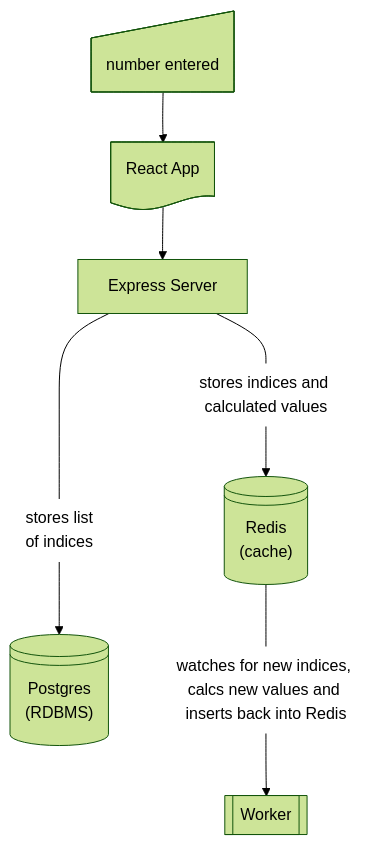
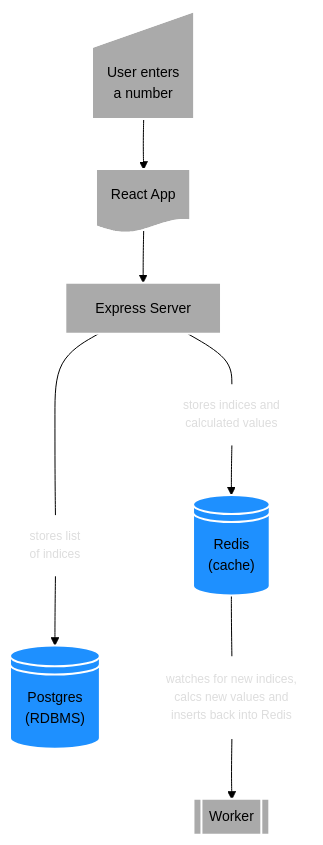
Before and after one commit to sfdeloach/docker: the fourth of 4 diagrams in README.md, drawn with Mermaid (forest theme). The commit also changed other lines of this file, not shown here.

````diff
--- a/README.md
+++ b/README.md
@@ -443,8 +446,16 @@
 ```mermaid
 flowchart TB
-    A@{ shape: manual-input, label: "number entered"} --> B@{ shape: doc, label: "React App"}
+    A@{ shape: manual-input, label: "User enters\na number"} --> B@{ shape: doc, label: "React App"}
     B --> C@{ shape: process, label: "Express Server"}
-    C ---- CE@{ shape: text, label: "stores list\nof indices"} --> E@{ shape: lin-cyl, label: "Postgres\n(RDBMS)"}
-    C --- CD@{ shape: text, label: "stores indices and calculated values"} --> D@{ shape: lin-cyl, label: "Redis\n (cache)"}
-    D --- DF@{shape: text, label: "watches for new indices, calcs new values and inserts back into Redis"} --> F@{ shape: subproc, label: "Worker"}
+    C ---- CE@{ shape: braces, label: "stores list\nof indices"} --> E@{ shape: lin-cyl, label: "Postgres\n(RDBMS)"}
+    C --- CD@{ shape: braces, label: "stores indices and\ncalculated values"} --> D@{ shape: lin-cyl, label: "Redis\n (cache)"}
+    D --- DF@{shape: braces, label: "watches for new indices,\ncalcs new values and\ninserts back into Redis"}
+    DF --> F@{ shape: subproc, label: "Worker"}
+
+    classDef default fill:#aaa,stroke:#fff,stroke-width:2px,color:#000,font-size:14
+    classDef db fill:dodgerblue
+    classDef notes fill:none,color:#ddd,font-size:12,stroke-width:1px
+
+    class E,D db
+    class CE,CD,DF notes
 ```
````
